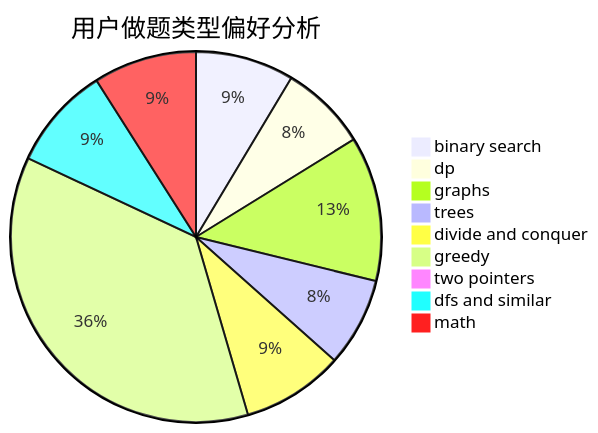
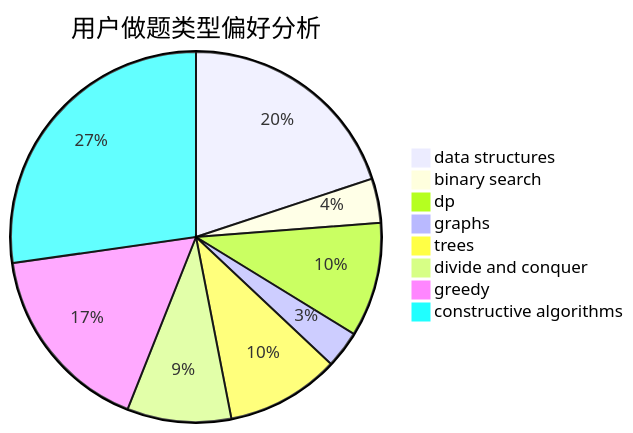
One commit to sherpahu/cfrs.github.io changed the second of 3 diagrams in docs/user/u207.md. Above: the diagram before and after it, drawn with Mermaid. The commit also changed other lines of this file and 2775 other files, not shown here.

````diff
--- a/docs/user/u207.md
+++ b/docs/user/u207.md
@@ -23,12 +23,11 @@
 ```mermaid
 pie title 用户做题类型偏好分析
-    "binary search" :  206
-    "dp" :  182
-    "graphs" :  303
-    "trees" :  186
-    "divide and conquer" :  213
-    "greedy" :  875
-    "two pointers" :  24
-    "dfs and similar" :  216
-    "math" :  216
+    "data structures" :  263
+    "binary search" :  51
+    "dp" :  132
+    "graphs" :  43
+    "trees" :  131
+    "divide and conquer" :  120
+    "greedy" :  221
+    "constructive algorithms" :  360
 ```
````
